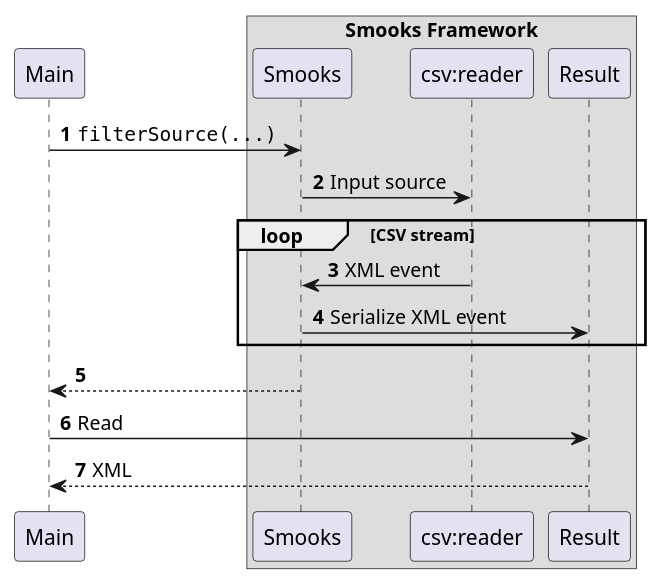
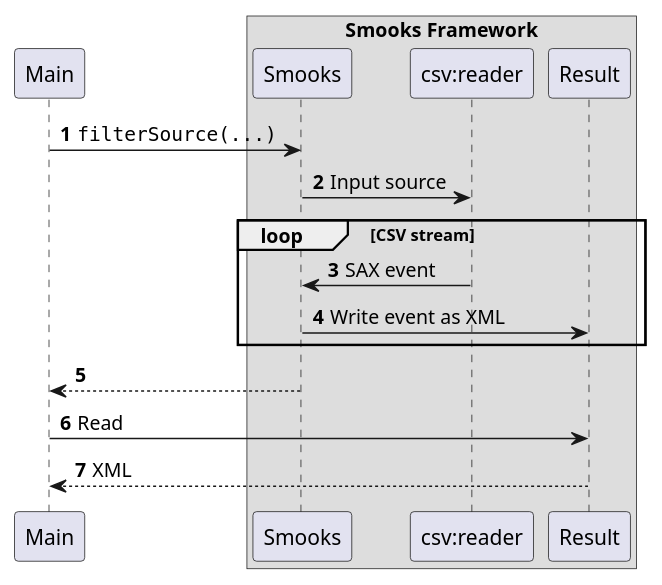
The diagram in csv-variable-record/docs/csv-variable-record.puml (smooks/smooks-examples), drawn with PlantUML before and after one commit. The commit also changed 17 other files, not shown here.

```diff
--- a/csv-variable-record/docs/csv-variable-record.puml
+++ b/csv-variable-record/docs/csv-variable-record.puml
@@ -1,19 +1,19 @@
 @startuml
 participant Main
 box Smooks Framework
 participant Smooks
 participant "csv:reader"
 participant Result
 end box
 autonumber
 
 Main -> Smooks : ""filterSource(...)""
 Smooks -> "csv:reader": Input source
 loop CSV stream
-    Smooks <- "csv:reader": XML event
-    Smooks -> Result: Serialize XML event
+    Smooks <- "csv:reader": SAX event
+    Smooks -> Result: Write event as XML
 end
 Smooks --> Main
 Main -> Result: Read
 Result --> Main: XML
 @enduml
```
